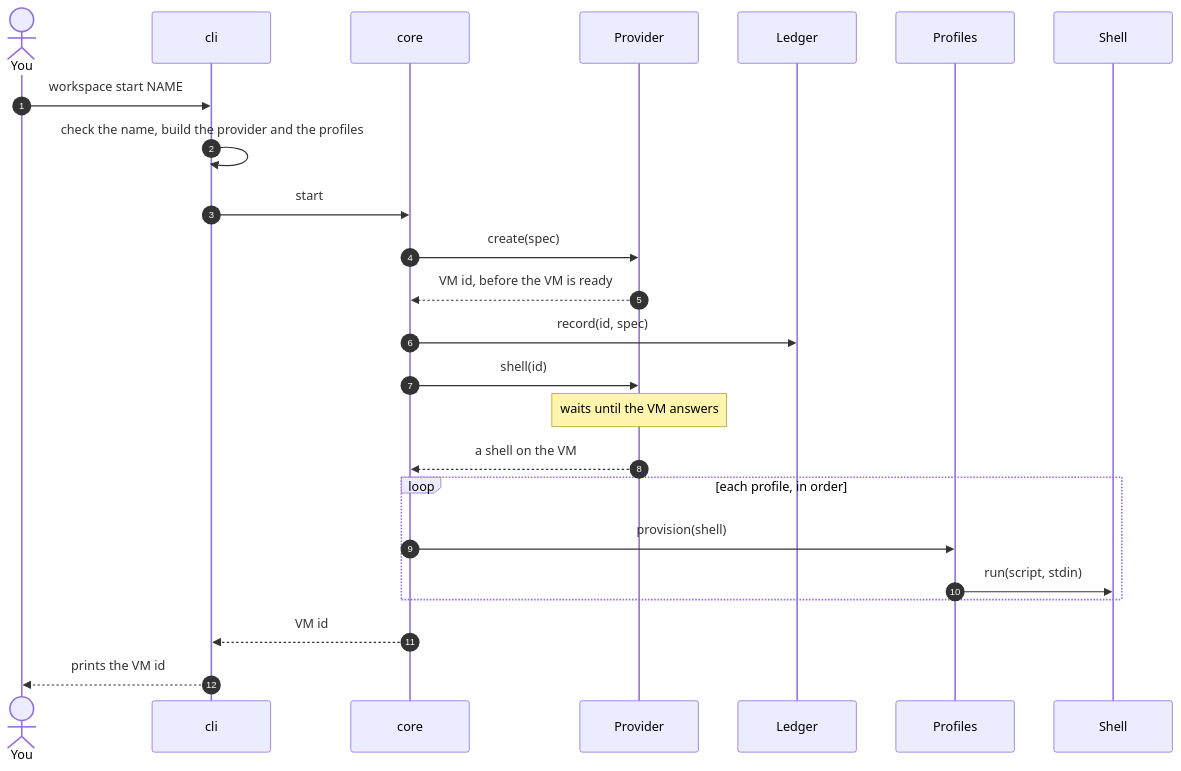
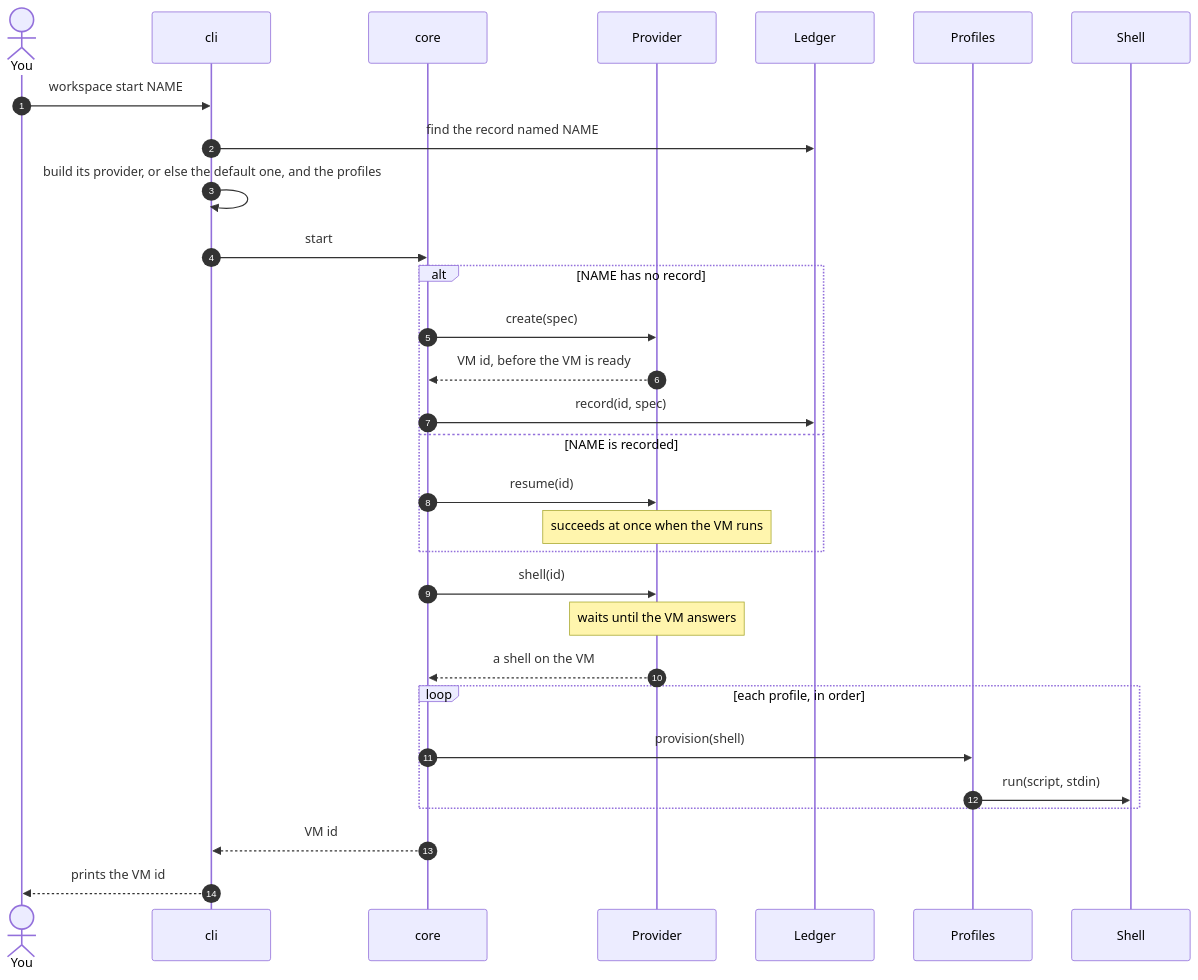
One commit to NextNodeSolutions/workspace changed the third of 6 diagrams in docs/architecture.md. Above: the diagram before and after it, drawn with Mermaid. The commit also changed other lines of this file and 14 other files, not shown here.

First line of the commit message:
feat: start resumes the VM recorded under its name

````diff
--- a/docs/architecture.md
+++ b/docs/architecture.md
@@ -63,26 +63,32 @@
 ```mermaid
 sequenceDiagram
     autonumber
     actor You
     participant CLI as cli
     participant Core as core
     participant P as Provider
     participant L as Ledger
     participant Pr as Profiles
     participant S as Shell
     You->>CLI: workspace start NAME
-    CLI->>CLI: check the name, build the provider and the profiles
+    CLI->>L: find the record named NAME
+    CLI->>CLI: build its provider, or else the default one, and the profiles
     CLI->>Core: start
-    Core->>P: create(spec)
-    P-->>Core: VM id, before the VM is ready
-    Core->>L: record(id, spec)
+    alt NAME has no record
+        Core->>P: create(spec)
+        P-->>Core: VM id, before the VM is ready
+        Core->>L: record(id, spec)
+    else NAME is recorded
+        Core->>P: resume(id)
+        Note over P: succeeds at once when the VM runs
+    end
     Core->>P: shell(id)
     Note over P: waits until the VM answers
     P-->>Core: a shell on the VM
     loop each profile, in order
         Core->>Pr: provision(shell)
         Pr->>S: run(script, stdin)
     end
     Core-->>CLI: VM id
     CLI-->>You: prints the VM id
 ```
````
